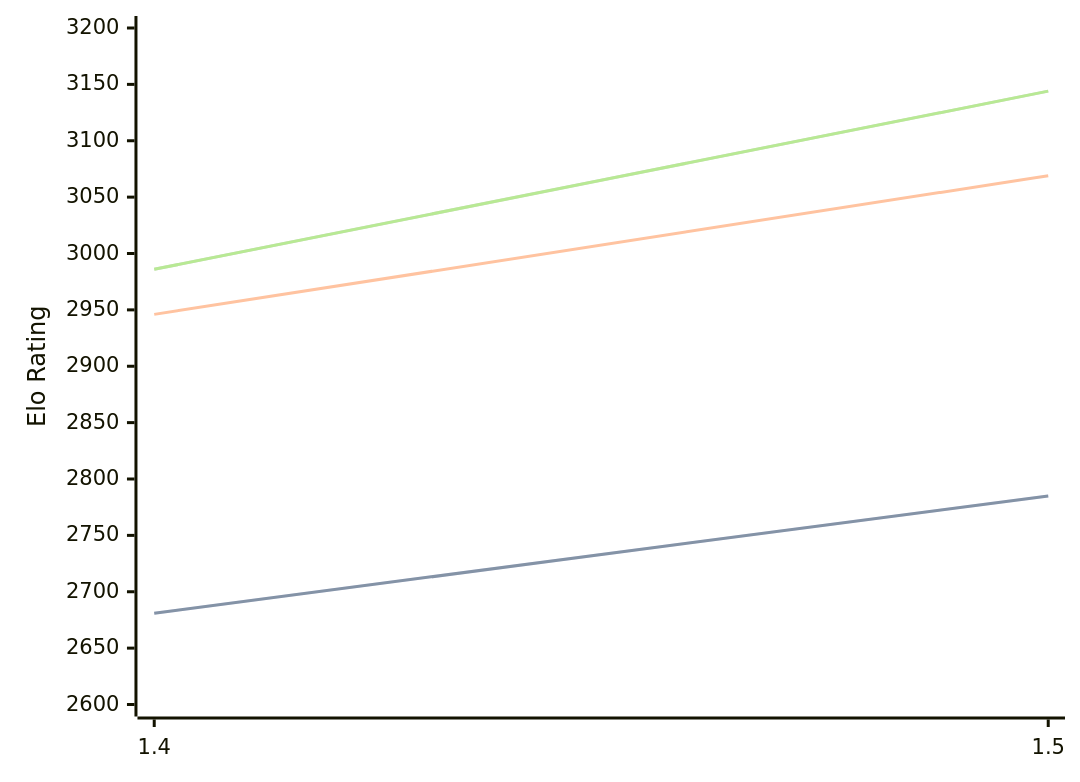
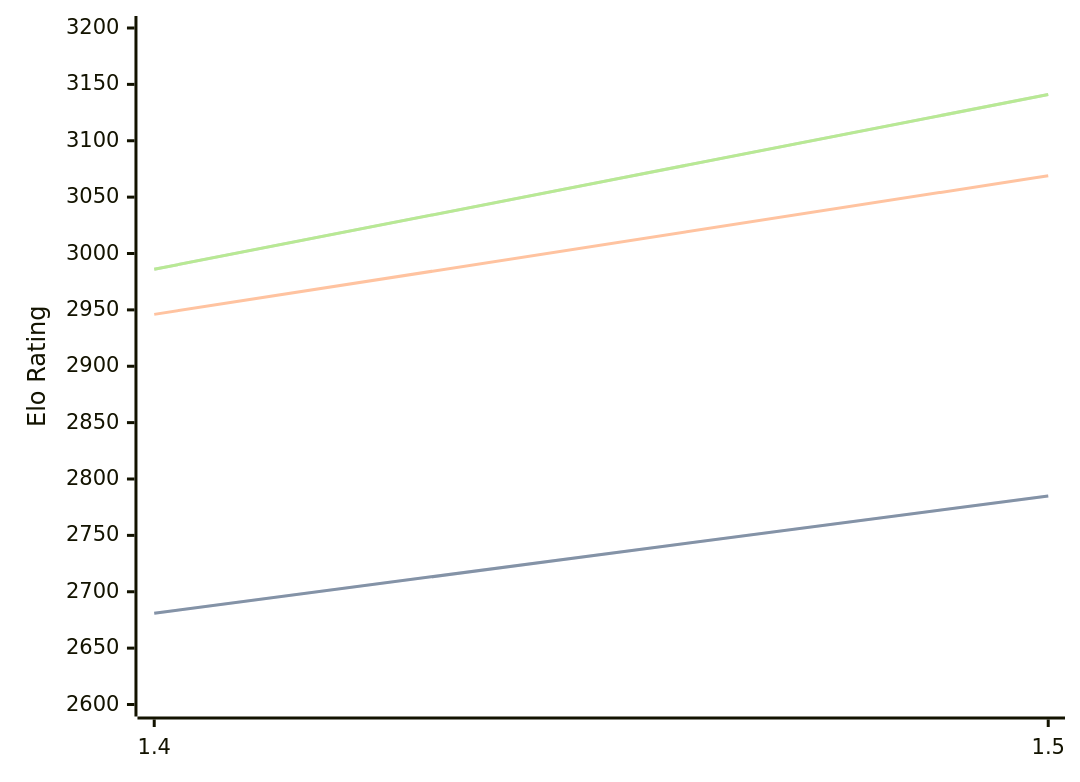
Before and after one commit to computer-chess-index/cci: the diagram in engines/Yakka.md, drawn with Mermaid. The commit also changed other lines of this file, not shown here.

Commit message:
Update CCI Ratings (ELO VLTC) - 2026-03-24

````diff
--- a/engines/Yakka.md
+++ b/engines/Yakka.md
@@ -36,11 +36,11 @@
 ```mermaid
 %%{init: {"theme":"base","themeVariables":{"seriesColors:['#a3a3a3','#222221','#faa371']}}}%%
 xychart-beta
   x-axis ["1.4", "1.5"]
   y-axis "Elo Rating" 2600 --> 3200
   line "STC (8.0+0.08s)" [2681, 2785]
   line "STC (8.0+0.08s)" [2681, 2785]
   line "LTC (60.0+0.60s)" [2946, 3069]
-  line "VLTC (2m24s+1.12s)" [2986, 3144]
-  line "VLTC (2m24s+1.12s)" [2986, 3144]
+  line "VLTC (2m24s+1.12s)" [2986, 3141]
+  line "VLTC (2m24s+1.12s)" [2986, 3141]
 ```
````
